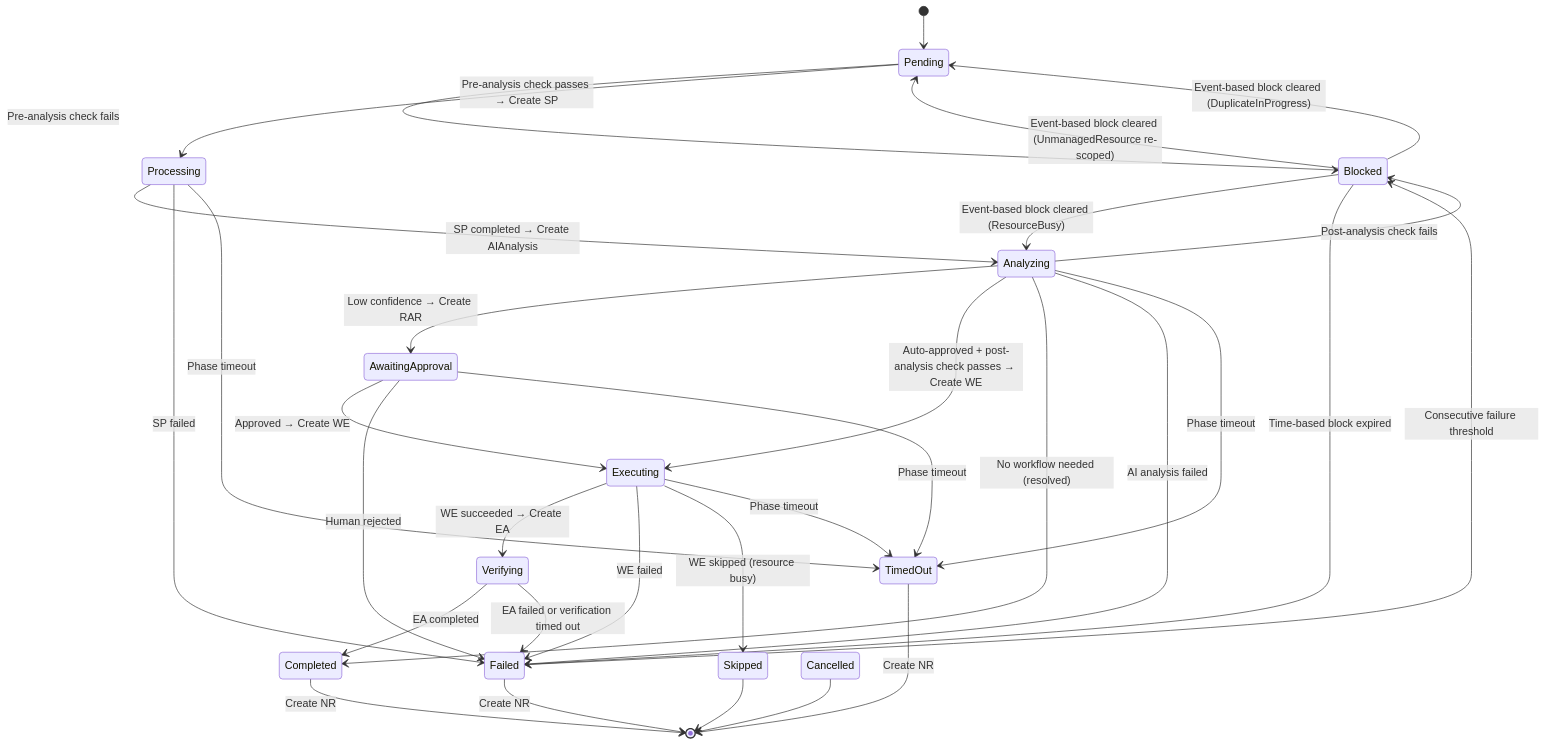
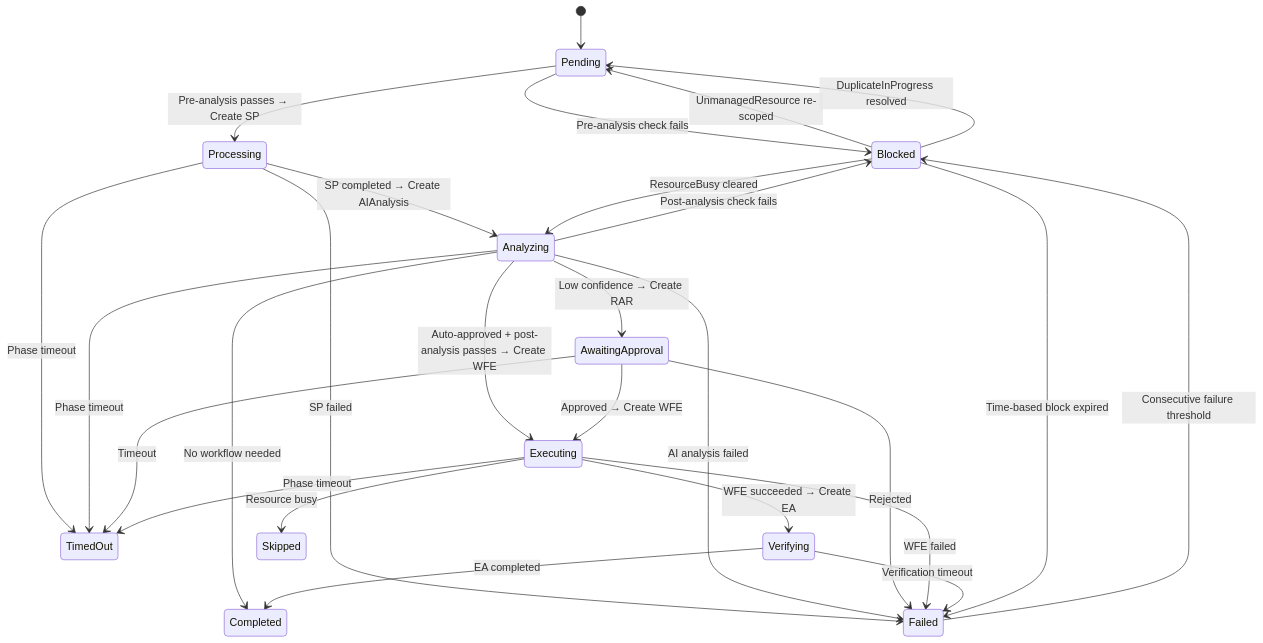
Before and after one commit to jordigilh/kubernaut-docs: the diagram in docs/architecture/remediation-routing.md, drawn with Mermaid. The commit also changed other lines of this file and 12 other files, not shown here.

First line of the commit message:
docs: expand architecture pages with per-service deep dives

````diff
--- a/docs/architecture/remediation-routing.md
+++ b/docs/architecture/remediation-routing.md
@@ -9,34 +66,29 @@
 ```mermaid
 stateDiagram-v2
     [*] --> Pending
-    Pending --> Blocked: Pre-analysis check fails
-    Pending --> Processing: Pre-analysis check passes → Create SP
-    Processing --> Analyzing: SP completed → Create AIAnalysis
-    Processing --> Failed: SP failed
-    Processing --> TimedOut: Phase timeout
-    Analyzing --> AwaitingApproval: Low confidence → Create RAR
-    Analyzing --> Executing: Auto-approved + post-analysis check passes → Create WE
-    Analyzing --> Blocked: Post-analysis check fails
-    Analyzing --> Completed: No workflow needed (resolved)
-    Analyzing --> Failed: AI analysis failed
-    Analyzing --> TimedOut: Phase timeout
-    AwaitingApproval --> Executing: Approved → Create WE
-    AwaitingApproval --> Failed: Human rejected
-    AwaitingApproval --> TimedOut: Phase timeout
-    Executing --> Verifying: WE succeeded → Create EA
-    Executing --> Failed: WE failed
-    Executing --> Skipped: WE skipped (resource busy)
-    Executing --> TimedOut: Phase timeout
-    Verifying --> Completed: EA completed
-    Verifying --> Failed: EA failed or verification timed out
-    Blocked --> Pending: Event-based block cleared (UnmanagedResource re-scoped)
-    Blocked --> Pending: Event-based block cleared (DuplicateInProgress)
-    Blocked --> Analyzing: Event-based block cleared (ResourceBusy)
-    Blocked --> Failed: Time-based block expired
-    Failed --> Blocked: Consecutive failure threshold
-    Completed --> [*]: Create NR
-    Failed --> [*]: Create NR
-    TimedOut --> [*]: Create NR
-    Skipped --> [*]
-    Cancelled --> [*]
+    Pending --> Blocked : Pre-analysis check fails
+    Pending --> Processing : Pre-analysis passes → Create SP
+    Processing --> Analyzing : SP completed → Create AIAnalysis
+    Processing --> Failed : SP failed
+    Processing --> TimedOut : Phase timeout
+    Analyzing --> AwaitingApproval : Low confidence → Create RAR
+    Analyzing --> Executing : Auto-approved + post-analysis passes → Create WFE
+    Analyzing --> Blocked : Post-analysis check fails
+    Analyzing --> Completed : No workflow needed
+    Analyzing --> Failed : AI analysis failed
+    Analyzing --> TimedOut : Phase timeout
+    AwaitingApproval --> Executing : Approved → Create WFE
+    AwaitingApproval --> Failed : Rejected
+    AwaitingApproval --> TimedOut : Timeout
+    Executing --> Verifying : WFE succeeded → Create EA
+    Executing --> Failed : WFE failed
+    Executing --> Skipped : Resource busy
+    Executing --> TimedOut : Phase timeout
+    Verifying --> Completed : EA completed
+    Verifying --> Failed : Verification timeout
+    Blocked --> Pending : UnmanagedResource re-scoped
+    Blocked --> Pending : DuplicateInProgress resolved
+    Blocked --> Analyzing : ResourceBusy cleared
+    Blocked --> Failed : Time-based block expired
+    Failed --> Blocked : Consecutive failure threshold
 ```
````
